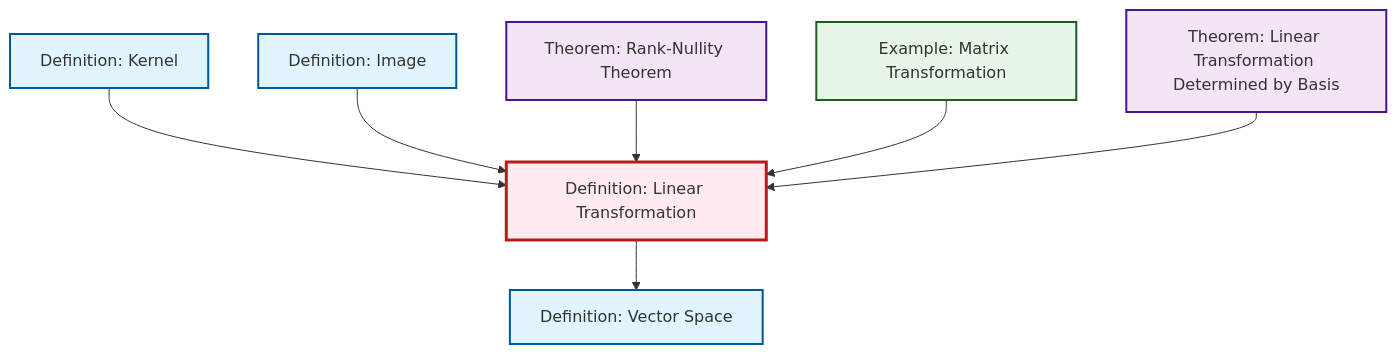
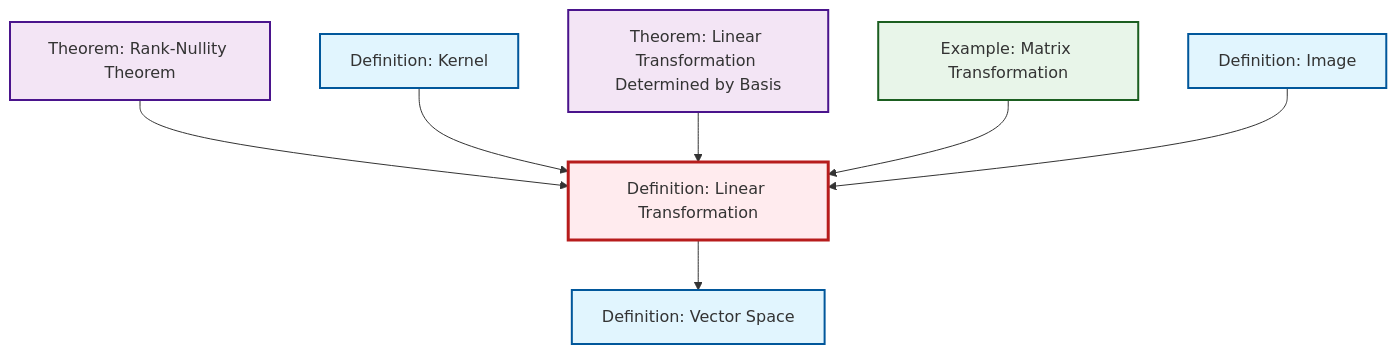
One commit to RK0429/ModernMath changed the diagram in output/mermaid/def-linear-transformation.mermaid. Above: the diagram before and after it, drawn with Mermaid. The commit also changed other lines of this file and 1115 other files, not shown here.

````diff
--- a/output/mermaid/def-linear-transformation.mermaid
+++ b/output/mermaid/def-linear-transformation.mermaid
@@ -1,23 +1,23 @@
 ```{mermaid}
 %%| fig-cap: "Local dependency graph"
 graph TD
     classDef definition fill:#e1f5fe,stroke:#01579b,stroke-width:2px
     classDef theorem fill:#f3e5f5,stroke:#4a148c,stroke-width:2px
     classDef axiom fill:#fff3e0,stroke:#e65100,stroke-width:2px
     classDef example fill:#e8f5e9,stroke:#1b5e20,stroke-width:2px
     classDef current fill:#ffebee,stroke:#b71c1c,stroke-width:3px
+    thm-linear-transformation-basis["Theorem: Linear Transformation Determined by Basis"]:::theorem
     def-linear-transformation["Definition: Linear Transformation"]:::definition
+    thm-rank-nullity["Theorem: Rank-Nullity Theorem"]:::theorem
+    def-image["Definition: Image"]:::definition
+    def-kernel["Definition: Kernel"]:::definition
     ex-matrix-transformation["Example: Matrix Transformation"]:::example
-    def-image["Definition: Image"]:::definition
-    thm-linear-transformation-basis["Theorem: Linear Transformation Determined by Basis"]:::theorem
-    thm-rank-nullity["Theorem: Rank-Nullity Theorem"]:::theorem
     def-vector-space["Definition: Vector Space"]:::definition
-    def-kernel["Definition: Kernel"]:::definition
+    thm-rank-nullity --> def-linear-transformation
     def-kernel --> def-linear-transformation
+    thm-linear-transformation-basis --> def-linear-transformation
+    ex-matrix-transformation --> def-linear-transformation
     def-image --> def-linear-transformation
-    thm-rank-nullity --> def-linear-transformation
     def-linear-transformation --> def-vector-space
-    ex-matrix-transformation --> def-linear-transformation
-    thm-linear-transformation-basis --> def-linear-transformation
     class def-linear-transformation current
 ```
````
